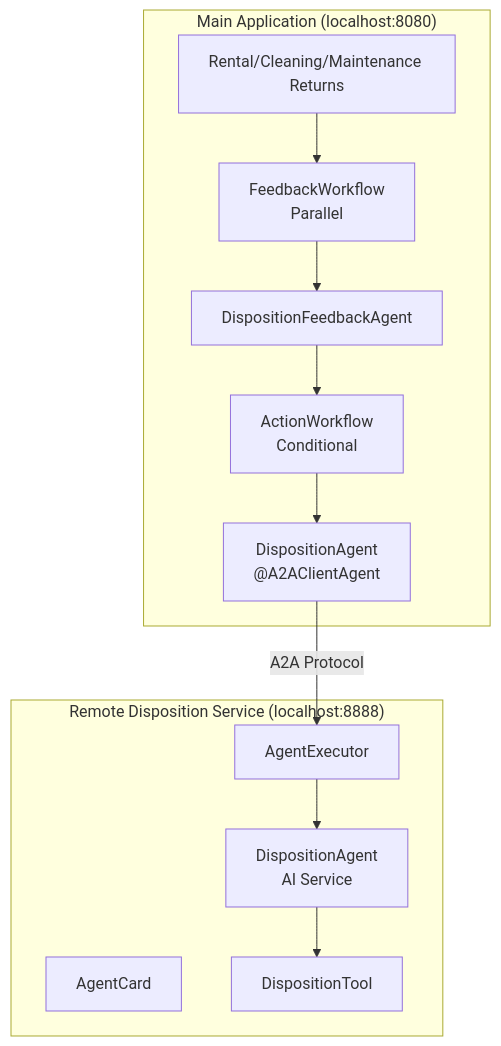
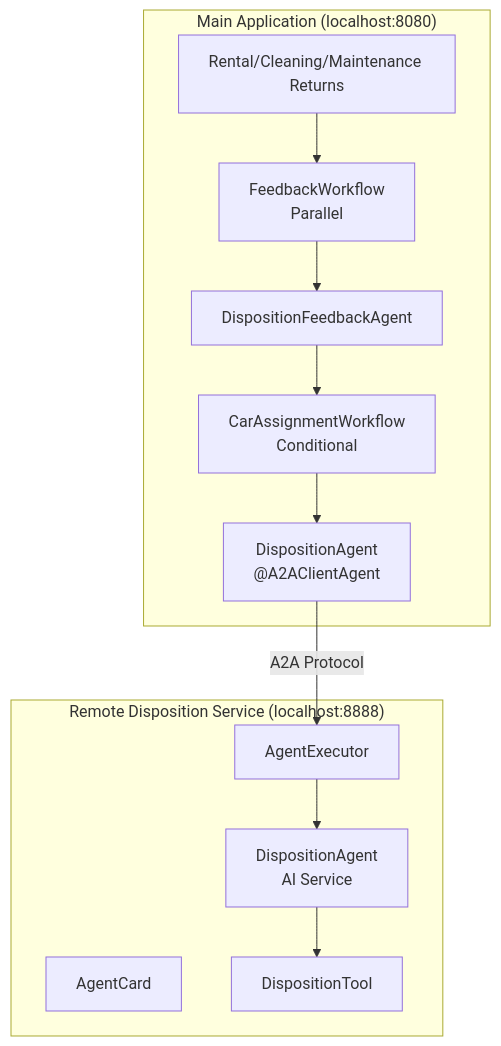
The third of 4 diagrams in docs/docs/section-2/step-04.md (quarkusio/quarkus-workshop-langchain4j), drawn with Mermaid before and after one commit. The commit also changed other lines of this file and 6 other files, not shown here.

````diff
--- a/docs/docs/section-2/step-04.md
+++ b/docs/docs/section-2/step-04.md
@@ -137,28 +137,28 @@
 ```mermaid
 graph TD
     subgraph "Main Application (localhost:8080)"
         R[Rental/Cleaning/Maintenance Returns]
         FW[FeedbackWorkflow<br/>Parallel]
         DFA[DispositionFeedbackAgent]
-        AW[ActionWorkflow<br/>Conditional]
+        AW[CarAssignmentWorkflow<br/>Conditional]
         DAC["DispositionAgent<br/>@A2AClientAgent"]
 
         R --> FW
         FW --> DFA
         DFA --> AW
         AW --> DAC
     end
 
     subgraph "Remote Disposition Service (localhost:8888)"
         AC[AgentCard]
         AE[AgentExecutor]
         DAI[DispositionAgent<br/>AI Service]
         DT[DispositionTool]
 
         AE --> DAI
         DAI --> DT
     end
 
     DAC -->|A2A Protocol| AE
 
 ```
````
